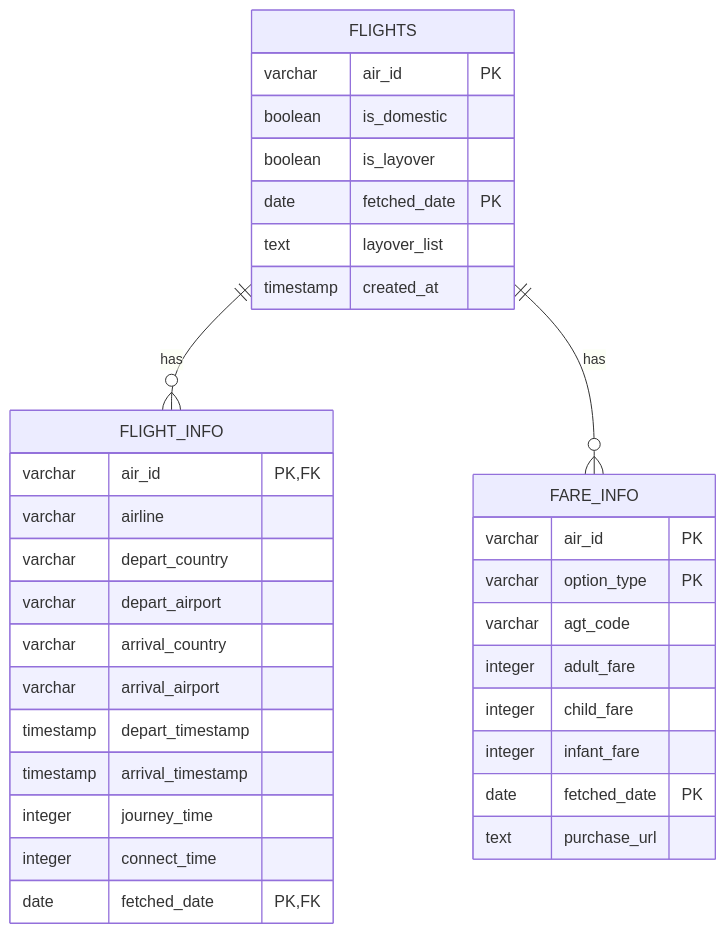
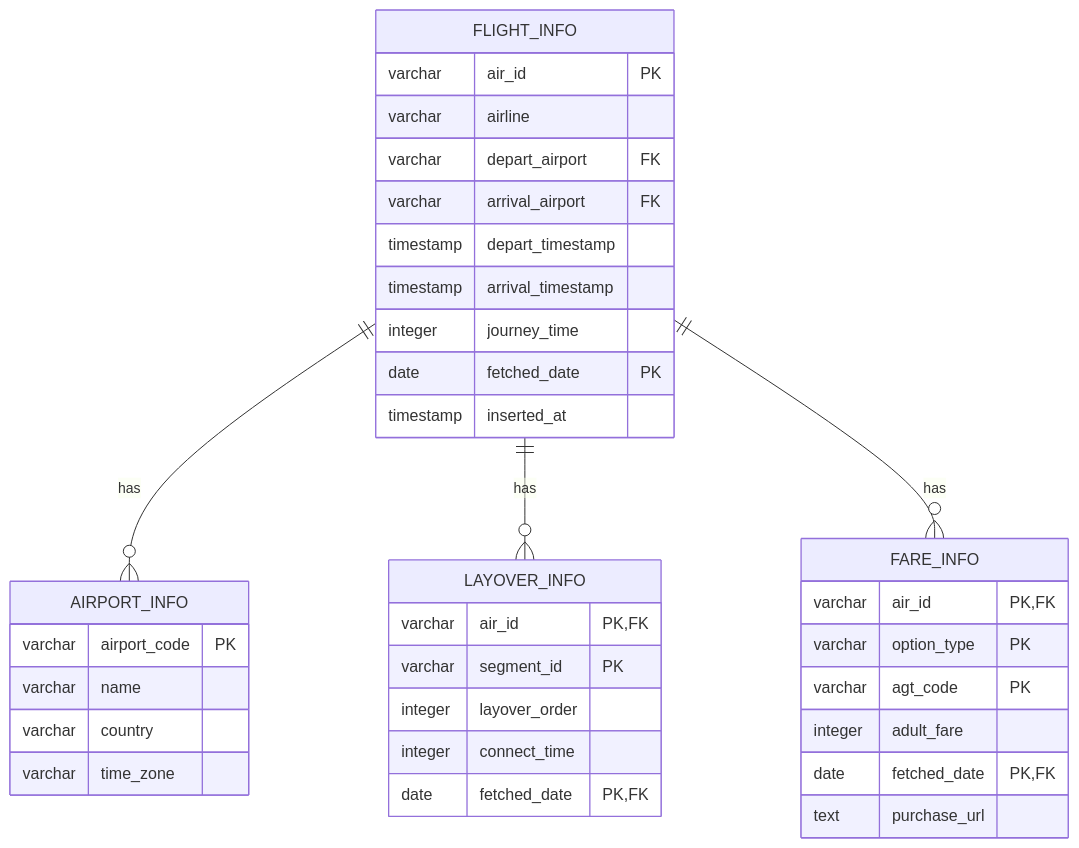
One commit to Tobigs-DashBoard/Flights_Team changed the diagram in README.md. Above: the diagram before and after it, drawn with Mermaid. The commit also changed other lines of this file, not shown here.

Commit message:
[EDIT] DB_schema

````diff
--- a/README.md
+++ b/README.md
@@ -7,36 +7,38 @@
 ```mermaid
 erDiagram
-    FLIGHTS ||--o{ FLIGHT_INFO : has
-    FLIGHTS ||--o{ FARE_INFO : has
-    FLIGHTS {
-        varchar air_id PK
-        boolean is_domestic
-        boolean is_layover
-        date fetched_date PK
-        text layover_list
-        timestamp created_at
+    FLIGHT_INFO ||--o{ AIRPORT_INFO : has
+    FLIGHT_INFO ||--o{ LAYOVER_INFO : has
+    FLIGHT_INFO ||--o{ FARE_INFO : has
+    AIRPORT_INFO {
+        varchar airport_code PK
+        varchar name
+        varchar country
+        varchar time_zone
     }
     FLIGHT_INFO {
+        varchar air_id PK
+        varchar airline
+        varchar depart_airport FK
+        varchar arrival_airport FK
+        timestamp depart_timestamp 
+        timestamp arrival_timestamp 
+        integer journey_time
+        date fetched_date PK
+        timestamp inserted_at
+    }
+    LAYOVER_INFO {
         varchar air_id PK, FK
-        varchar airline
-        varchar depart_country
-        varchar depart_airport
-        varchar arrival_country
-        varchar arrival_airport
-        timestamp depart_timestamp
-        timestamp arrival_timestamp
-        integer journey_time
+        varchar segment_id PK
+        integer layover_order
         integer connect_time
         date fetched_date PK, FK
     }
     FARE_INFO {
-        varchar air_id PK
+        varchar air_id PK, FK
         varchar option_type PK
-        varchar agt_code
+        varchar agt_code PK
         integer adult_fare
-        integer child_fare
-        integer infant_fare
-        date fetched_date PK
+        date fetched_date PK, FK
         text purchase_url
     }
 ```
````
